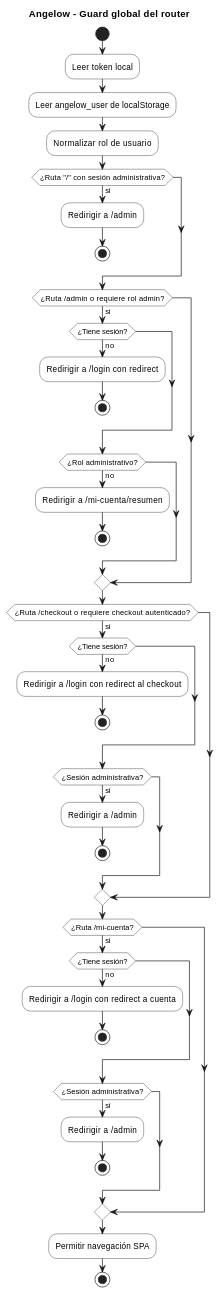
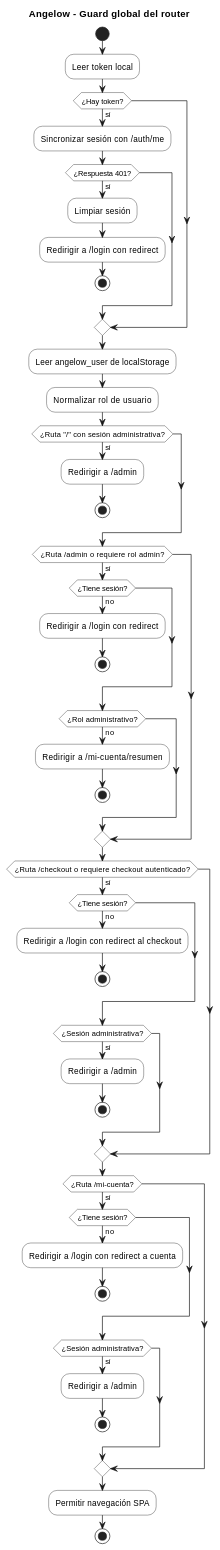
Before and after one commit to Braian551/Angelow_microservices: the third of 6 diagrams in docs/arquitectura/mapas-navegacion-sistema-plantuml.md, drawn with PlantUML. The commit also changed other lines of this file and 456 other files, not shown here.

````diff
--- a/docs/arquitectura/mapas-navegacion-sistema-plantuml.md
+++ b/docs/arquitectura/mapas-navegacion-sistema-plantuml.md
@@ -304,56 +325,64 @@
 ```plantuml
 @startuml
 title Angelow - Guard global del router
 skinparam shadowing false
 skinparam activity {
   BackgroundColor White
   BorderColor Black
 }
 
 start
 :Leer token local;
+if (¿Hay token?) then (sí)
+  :Sincronizar sesión con /auth/me;
+  if (¿Respuesta 401?) then (sí)
+    :Limpiar sesión;
+    :Redirigir a /login con redirect;
+    stop
+  endif
+endif
 :Leer angelow_user de localStorage;
 :Normalizar rol de usuario;
 
 if (¿Ruta "/" con sesión administrativa?) then (sí)
   :Redirigir a /admin;
   stop
 endif
 
 if (¿Ruta /admin o requiere rol admin?) then (sí)
   if (¿Tiene sesión?) then (no)
     :Redirigir a /login con redirect;
     stop
   endif
   if (¿Rol administrativo?) then (no)
     :Redirigir a /mi-cuenta/resumen;
     stop
   endif
 endif
 
 if (¿Ruta /checkout o requiere checkout autenticado?) then (sí)
   if (¿Tiene sesión?) then (no)
     :Redirigir a /login con redirect al checkout;
     stop
   endif
   if (¿Sesión administrativa?) then (sí)
     :Redirigir a /admin;
     stop
   endif
 endif
 
 if (¿Ruta /mi-cuenta?) then (sí)
   if (¿Tiene sesión?) then (no)
     :Redirigir a /login con redirect a cuenta;
     stop
   endif
   if (¿Sesión administrativa?) then (sí)
     :Redirigir a /admin;
     stop
   endif
 endif
 
 :Permitir navegación SPA;
 stop
 @enduml
 ```
````
